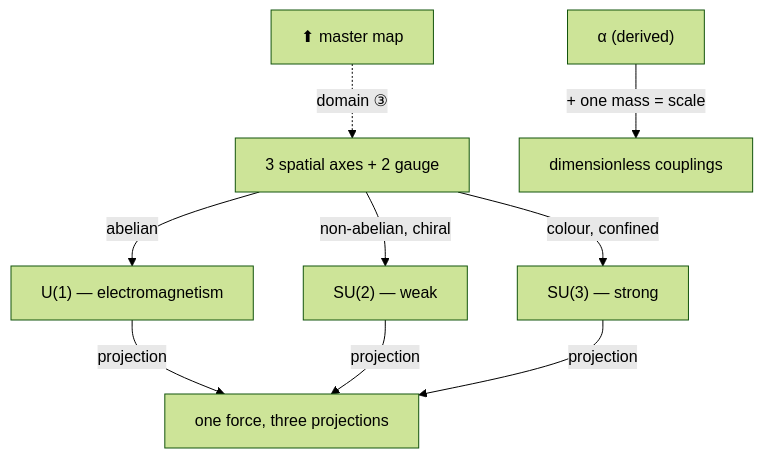
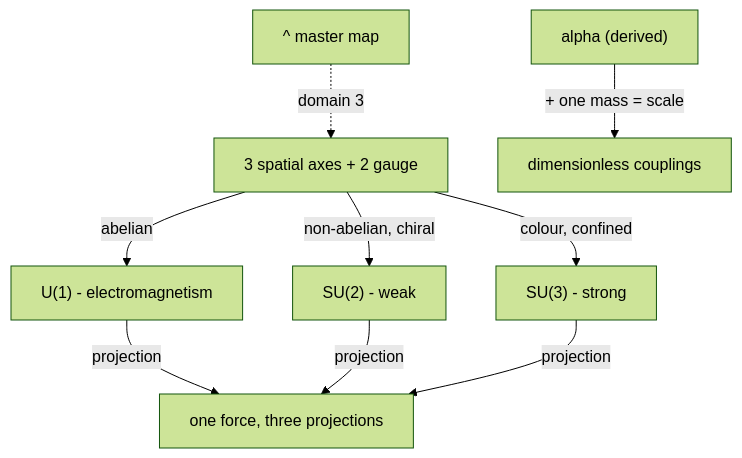
Before and after one commit to jimscarver/quantum-logical-framework: the fourth of 11 diagrams in FlowChart.md, drawn with Mermaid (forest theme). The commit also changed other lines of this file, not shown here.

First line of the commit message:
FlowChart.md: flatten <br/> and all unicode to ASCII in Mermaid blocks (render robustness)

````diff
--- a/FlowChart.md
+++ b/FlowChart.md
@@ -83,11 +83,11 @@
 ```mermaid
 flowchart TD
-  H3["⬆ master map"] -.->|"domain ③"| AX["3 spatial axes + 2 gauge"]
-  AX -->|"abelian"| EM["U(1) — electromagnetism"]
-  AX -->|"non-abelian, chiral"| WK["SU(2) — weak"]
-  AX -->|"colour, confined"| ST["SU(3) — strong"]
-  AL["α (derived)"] -->|"+ one mass = scale"| CPL["dimensionless couplings"]
+  H3["^ master map"] -.->|"domain 3"| AX["3 spatial axes + 2 gauge"]
+  AX -->|"abelian"| EM["U(1) - electromagnetism"]
+  AX -->|"non-abelian, chiral"| WK["SU(2) - weak"]
+  AX -->|"colour, confined"| ST["SU(3) - strong"]
+  AL["alpha (derived)"] -->|"+ one mass = scale"| CPL["dimensionless couplings"]
   EM -->|"projection"| UNI["one force, three projections"]
   WK -->|"projection"| UNI
   ST -->|"projection"| UNI
 ```
````
